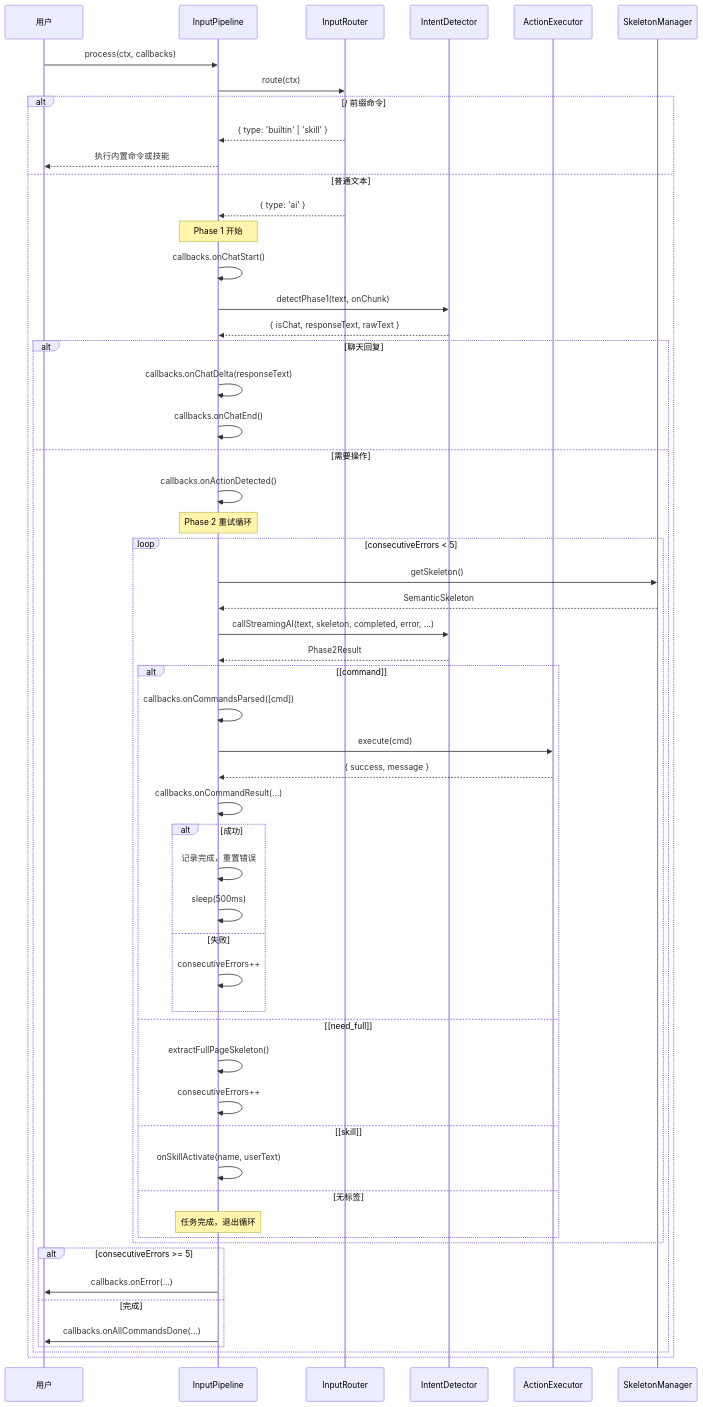
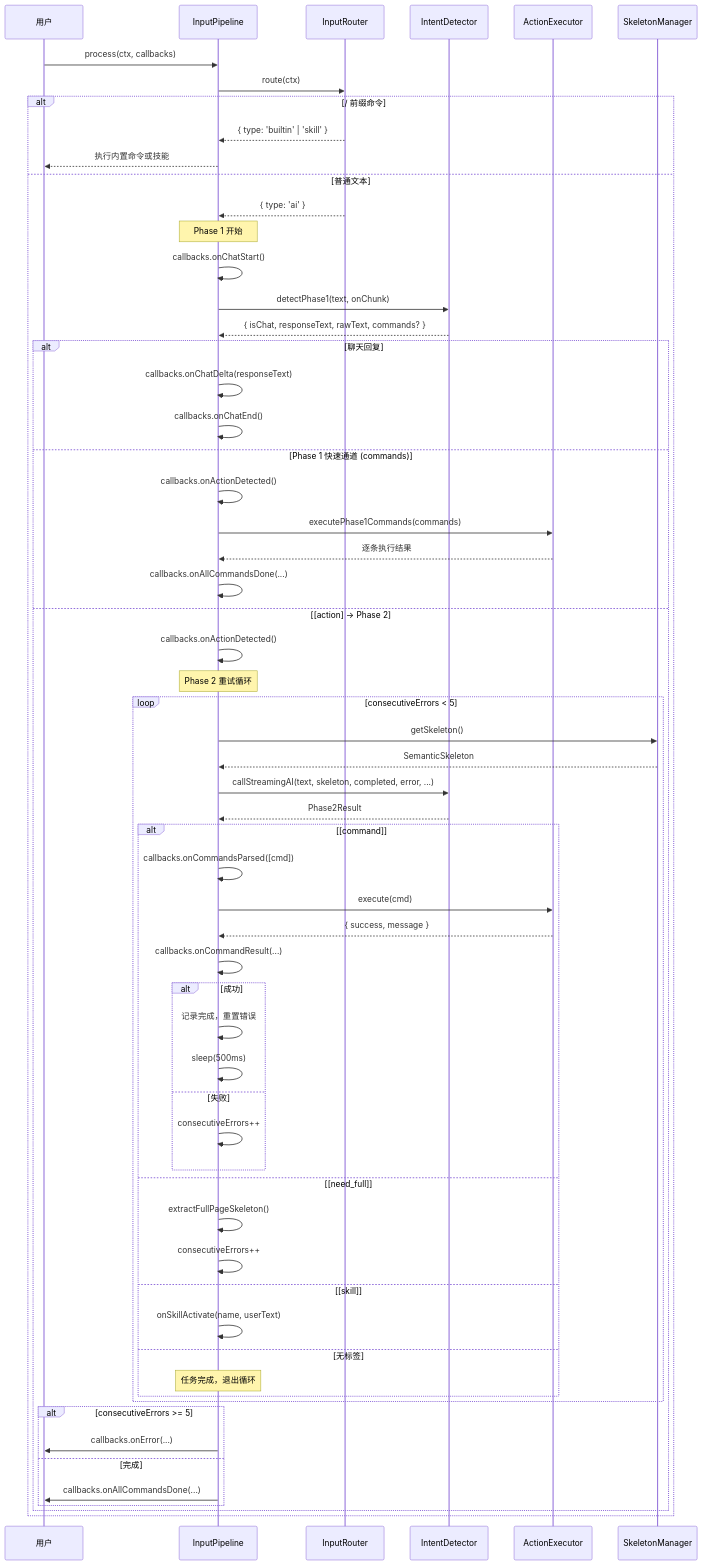
One commit to zw123zw/ai-browser changed the second of 2 diagrams in docs/architecture/input-pipeline.md. Above: the diagram before and after it, drawn with Mermaid. The commit also changed other lines of this file and 2 other files, not shown here.

First line of the commit message:
docs: 更新输入管线架构文档 — Phase 1 快速通道

````diff
--- a/docs/architecture/input-pipeline.md
+++ b/docs/architecture/input-pipeline.md
@@ -355,65 +384,70 @@
 ```mermaid
 sequenceDiagram
     participant U as 用户
     participant P as InputPipeline
     participant R as InputRouter
     participant D as IntentDetector
     participant E as ActionExecutor
     participant S as SkeletonManager
 
     U->>P: process(ctx, callbacks)
     P->>R: route(ctx)
 
     alt / 前缀命令
         R-->>P: { type: 'builtin' | 'skill' }
         P-->>U: 执行内置命令或技能
     else 普通文本
         R-->>P: { type: 'ai' }
 
         Note over P: Phase 1 开始
         P->>P: callbacks.onChatStart()
         P->>D: detectPhase1(text, onChunk)
-        D-->>P: { isChat, responseText, rawText }
+        D-->>P: { isChat, responseText, rawText, commands? }
 
         alt 聊天回复
             P->>P: callbacks.onChatDelta(responseText)
             P->>P: callbacks.onChatEnd()
-        else 需要操作
+        else Phase 1 快速通道 (commands)
+            P->>P: callbacks.onActionDetected()
+            P->>E: executePhase1Commands(commands)
+            E-->>P: 逐条执行结果
+            P->>P: callbacks.onAllCommandsDone(...)
+        else [action] → Phase 2
             P->>P: callbacks.onActionDetected()
 
             Note over P: Phase 2 重试循环
             loop consecutiveErrors < 5
                 P->>S: getSkeleton()
                 S-->>P: SemanticSkeleton
                 P->>D: callStreamingAI(text, skeleton, completed, error, ...)
                 D-->>P: Phase2Result
 
                 alt [command]
                     P->>P: callbacks.onCommandsParsed([cmd])
                     P->>E: execute(cmd)
                     E-->>P: { success, message }
                     P->>P: callbacks.onCommandResult(...)
                     alt 成功
                         P->>P: 记录完成，重置错误
                         P->>P: sleep(500ms)
                     else 失败
                         P->>P: consecutiveErrors++
                     end
                 else [need_full]
                     P->>P: extractFullPageSkeleton()
                     P->>P: consecutiveErrors++
                 else [skill]
                     P->>P: onSkillActivate(name, userText)
                 else 无标签
                     Note over P: 任务完成，退出循环
                 end
             end
 
             alt consecutiveErrors >= 5
                 P->>U: callbacks.onError(...)
             else 完成
                 P->>U: callbacks.onAllCommandsDone(...)
             end
         end
     end
 ```
````
